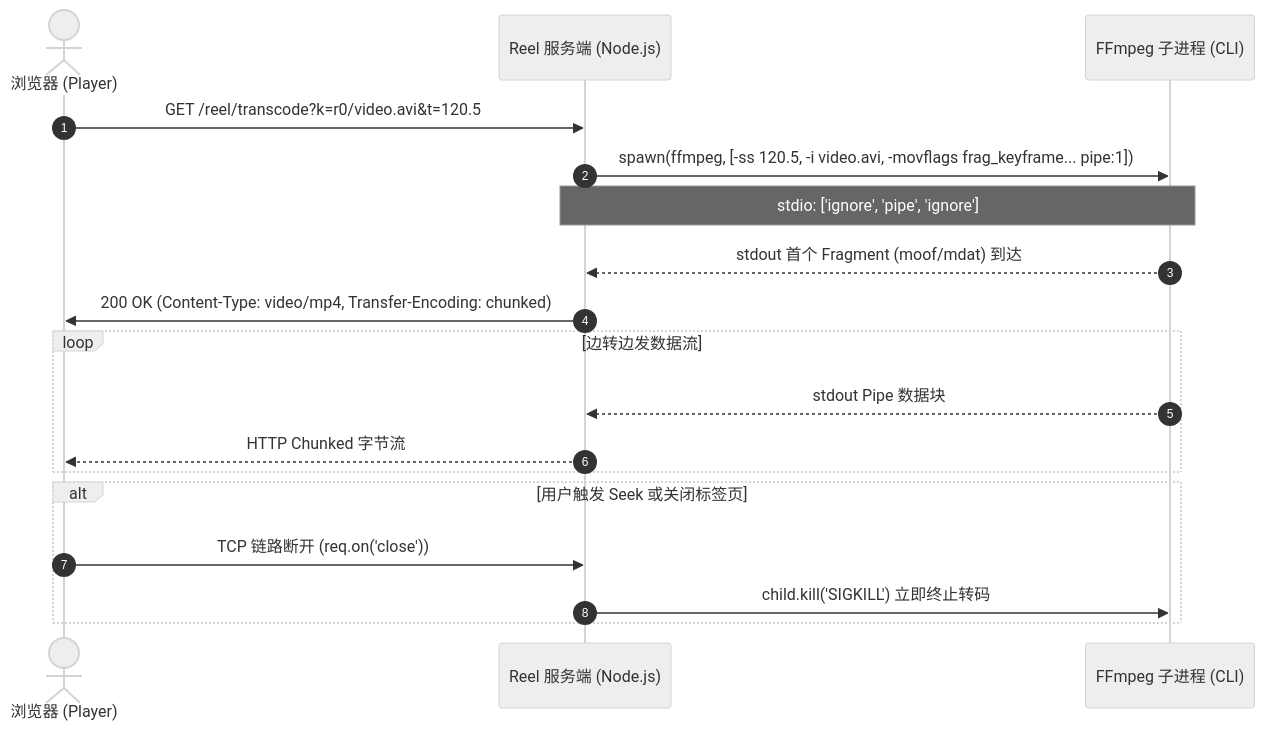
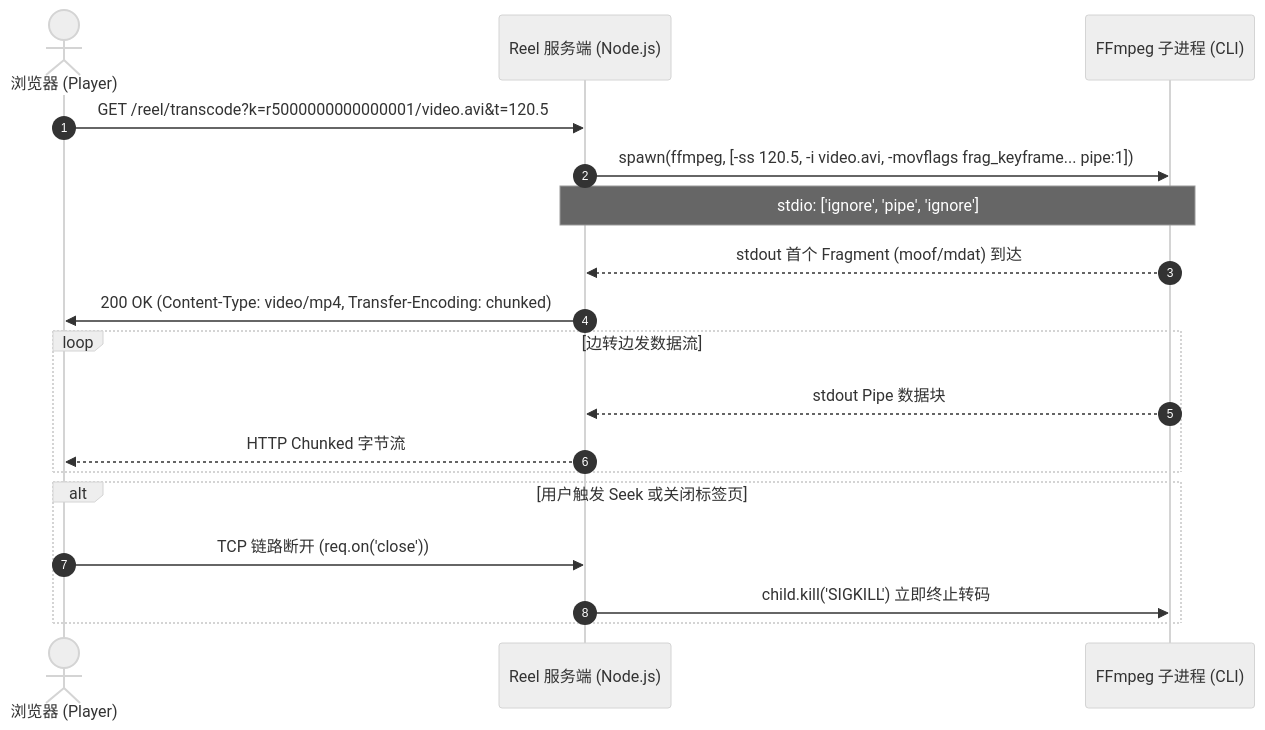
The second of 3 diagrams in doc/DSH Reel 架构与技术实现规范文档 .md (lsjspl/dsh-reel), drawn with Mermaid (neutral theme) before and after one commit. The commit also changed other lines of this file and 29 other files, not shown here.

````diff
--- a/doc/DSH Reel 架构与技术实现规范文档 .md
+++ b/doc/DSH Reel 架构与技术实现规范文档 .md
@@ -280,21 +292,21 @@
 ```mermaid
 sequenceDiagram
     autonumber
     actor Client as 浏览器 (Player)
     participant Server as Reel 服务端 (Node.js)
     participant FFmpeg as FFmpeg 子进程 (CLI)
 
-    Client->>Server: GET /reel/transcode?k=r0/video.avi&t=120.5
+    Client->>Server: GET /reel/transcode?k=r5000000000000001/video.avi&t=120.5
     Server->>FFmpeg: spawn(ffmpeg, [-ss 120.5, -i video.avi, -movflags frag_keyframe... pipe:1])
     Note over Server,FFmpeg: stdio: ['ignore', 'pipe', 'ignore']
     FFmpeg-->>Server: stdout 首个 Fragment (moof/mdat) 到达
     Server->>Client: 200 OK (Content-Type: video/mp4, Transfer-Encoding: chunked)
     loop 边转边发数据流
         FFmpeg-->>Server: stdout Pipe 数据块
         Server-->>Client: HTTP Chunked 字节流
     end
     alt 用户触发 Seek 或关闭标签页
         Client->>Server: TCP 链路断开 (req.on('close'))
         Server->>FFmpeg: child.kill('SIGKILL') 立即终止转码
     end
 ```
````
